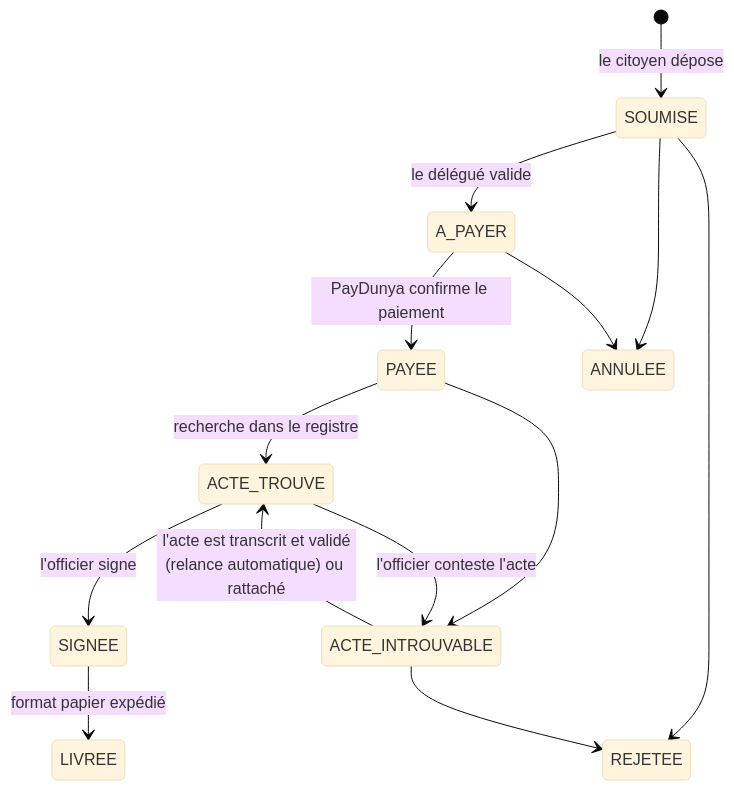
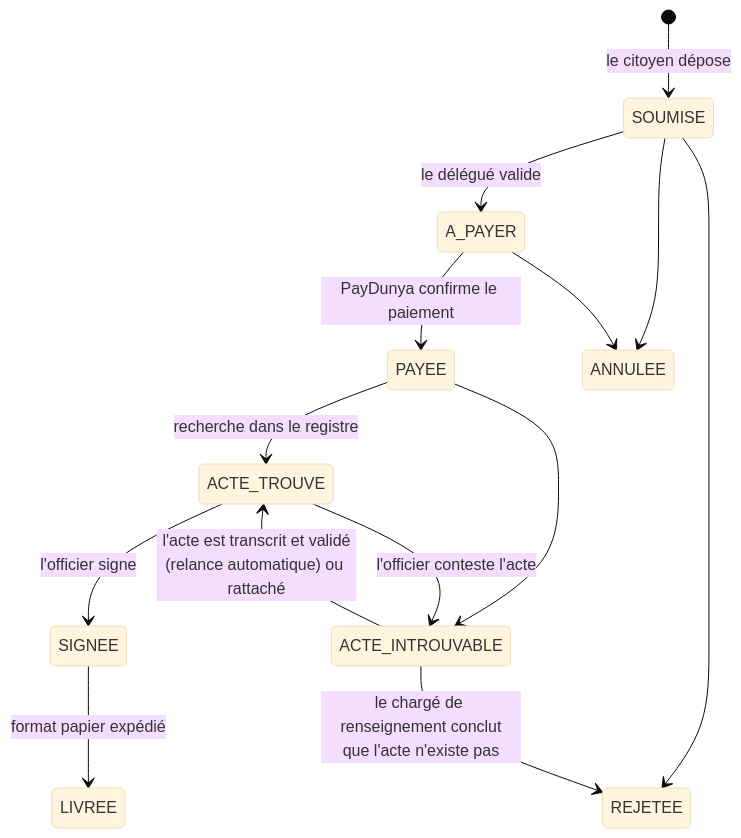
One commit to AdjaAissatou/E-Civil changed the second of 2 diagrams in README.md. Above: the diagram before and after it, drawn with Mermaid (base theme). The commit also changed other lines of this file and 46 other files, not shown here.

First line of the commit message:
Chargé de renseignement : centres d'état civil, registres papier et dossiers de recherche

````diff
--- a/README.md
+++ b/README.md
@@ -91,16 +91,16 @@
 ```mermaid
 stateDiagram-v2
     [*] --> SOUMISE : le citoyen dépose
     SOUMISE --> A_PAYER : le délégué valide
     SOUMISE --> REJETEE
     A_PAYER --> PAYEE : PayDunya confirme le paiement
     PAYEE --> ACTE_TROUVE : recherche dans le registre
     PAYEE --> ACTE_INTROUVABLE
     ACTE_INTROUVABLE --> ACTE_TROUVE : l'acte est transcrit et validé<br/>(relance automatique) ou rattaché
-    ACTE_INTROUVABLE --> REJETEE
+    ACTE_INTROUVABLE --> REJETEE : le chargé de renseignement conclut<br/>que l'acte n'existe pas
     ACTE_TROUVE --> SIGNEE : l'officier signe
     ACTE_TROUVE --> ACTE_INTROUVABLE : l'officier conteste l'acte
     SIGNEE --> LIVREE : format papier expédié
     SOUMISE --> ANNULEE
     A_PAYER --> ANNULEE
 ```
````
